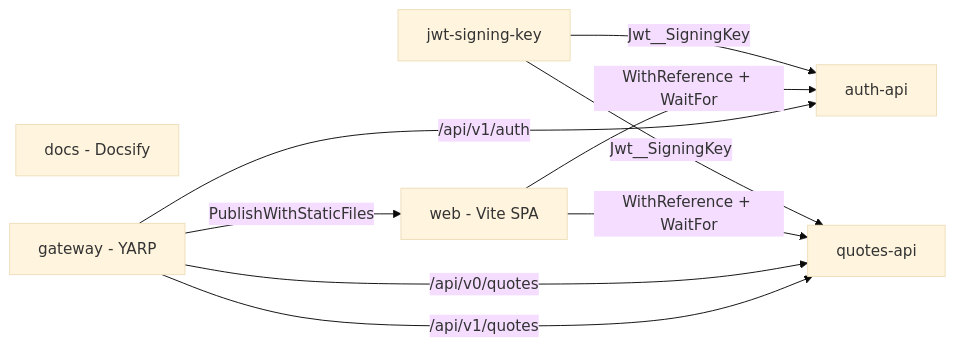
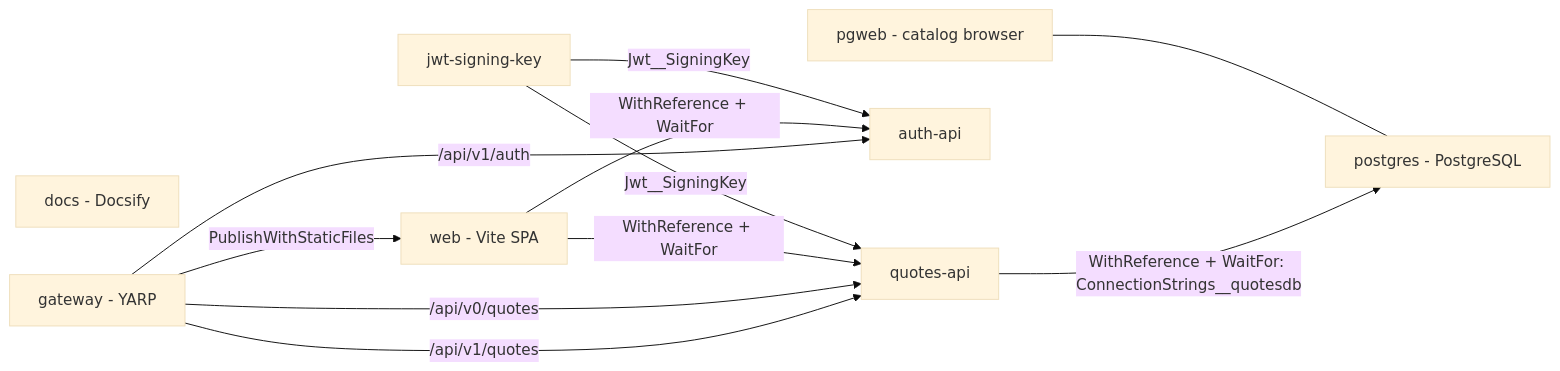
The diagram in src/AppHost/README.md (josnelihurt/code.examples.net.quotes), drawn with Mermaid (base theme) before and after one commit. The commit also changed other lines of this file and 3 other files, not shown here.

First line of the commit message:
docs: update component READMEs for the PostgreSQL catalog

````diff
--- a/src/AppHost/README.md
+++ b/src/AppHost/README.md
@@ -27,18 +28,22 @@
 ```mermaid
 flowchart LR
   key["jwt-signing-key"]
+  pg["postgres - PostgreSQL"]
+  pgweb["pgweb - catalog browser"]
   auth["auth-api"]
   quotes["quotes-api"]
   web["web - Vite SPA"]
   docs["docs - Docsify"]
   gw["gateway - YARP"]
 
   key -->|"Jwt__SigningKey"| auth
   key -->|"Jwt__SigningKey"| quotes
+  pgweb --- pg
+  quotes -->|"WithReference + WaitFor: ConnectionStrings__quotesdb"| pg
   web -->|"WithReference + WaitFor"| auth
   web -->|"WithReference + WaitFor"| quotes
   gw -->|"/api/v1/auth"| auth
   gw -->|"/api/v0/quotes"| quotes
   gw -->|"/api/v1/quotes"| quotes
   gw -->|"PublishWithStaticFiles"| web
 ```
````
